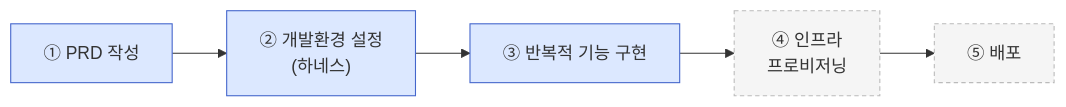
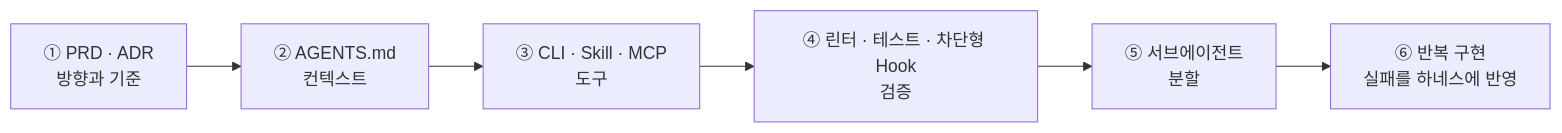
One commit to haandol/haandol.github.com changed the second of 9 diagrams in _posts/2026-06-16-harness-engineering-in-practice.md. Above: the diagram before and after it, drawn with Mermaid. The commit also changed other lines of this file and 1 other file, not shown here.

````diff
--- a/_posts/2026-06-16-harness-engineering-in-practice.md
+++ b/_posts/2026-06-16-harness-engineering-in-practice.md
@@ -110,11 +74,8 @@
 ```mermaid
 flowchart LR
-    P1["① PRD 작성"] --> P2["② 개발환경 설정<br/>(하네스)"]
-    P2 --> P3["③ 반복적 기능 구현"]
-    P3 --> P4["④ 인프라<br/>프로비저닝"]
-    P4 --> P5["⑤ 배포"]
-    classDef inscope fill:#dce8ff,stroke:#46c;
-    classDef outscope fill:#f5f5f5,stroke:#bbb,stroke-dasharray:4 3;
-    class P1,P2,P3 inscope;
-    class P4,P5 outscope;
+    P1["① PRD · ADR<br/>방향과 기준"] --> P2["② AGENTS.md<br/>컨텍스트"]
+    P2 --> P3["③ CLI · Skill · MCP<br/>도구"]
+    P3 --> P4["④ 린터 · 테스트 · 차단형 Hook<br/>검증"]
+    P4 --> P5["⑤ 서브에이전트<br/>분할"]
+    P5 --> P6["⑥ 반복 구현<br/>실패를 하네스에 반영"]
 ```
````
